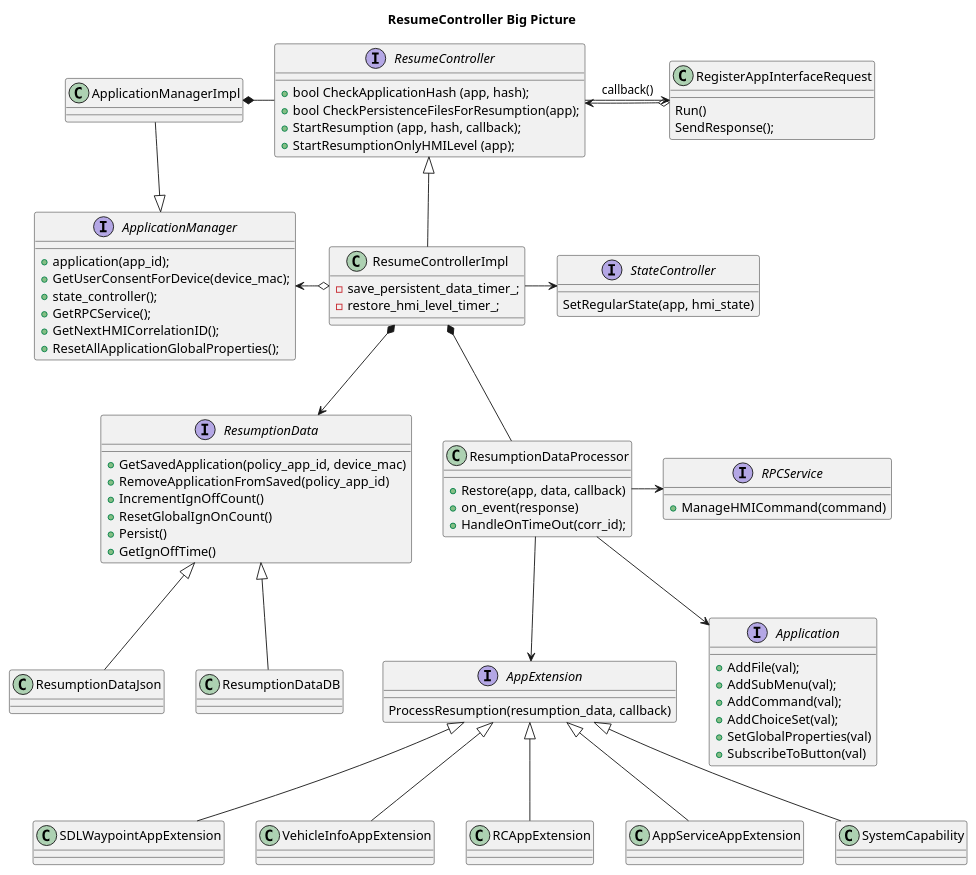
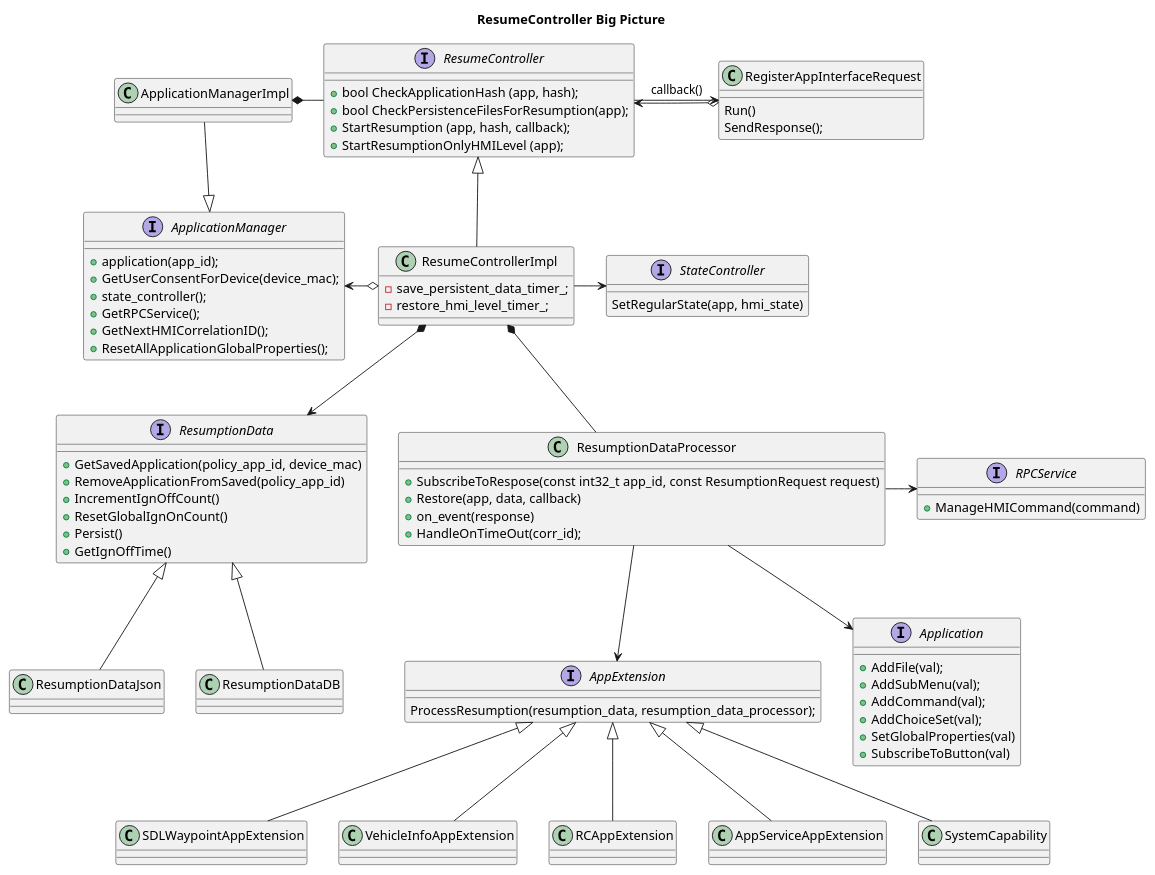
The diagram in docs/Developer Documentation/ResumeController/assets/resume_controller_classes.puml (smartdevicelink/sdl_core_guides), drawn with PlantUML before and after one commit. The commit also changed 4 other files, not shown here.

Commit message:
Use ResumptionDataProcessor interface instead of subscriber functor

```diff
--- a/docs/Developer Documentation/ResumeController/assets/resume_controller_classes.puml
+++ b/docs/Developer Documentation/ResumeController/assets/resume_controller_classes.puml
@@ -1,101 +1,102 @@
 @startuml
 
 title ResumeController Big Picture
 
 interface ApplicationManager {
   + application(app_id);
   + GetUserConsentForDevice(device_mac);
   + state_controller();
   + GetRPCService();
   + GetNextHMICorrelationID();
   + ResetAllApplicationGlobalProperties();
 }
 class ApplicationManagerImpl
 ApplicationManagerImpl -down-|> ApplicationManager
 
 interface ResumeController {
   + bool CheckApplicationHash (app, hash);
   + bool CheckPersistenceFilesForResumption(app);
   + StartResumption (app, hash, callback);
   + StartResumptionOnlyHMILevel (app);
 } 
 
 interface ResumptionData {
   + GetSavedApplication(policy_app_id, device_mac)
   + RemoveApplicationFromSaved(policy_app_id)
   + IncrementIgnOffCount()
   + ResetGlobalIgnOnCount()
   + Persist()
   + GetIgnOffTime()
 }
 
 class ResumptionDataJson
 ResumptionDataJson -up-|> ResumptionData
 class ResumptionDataDB
 ResumptionDataDB -up-|> ResumptionData
 
 class ResumeControllerImpl {
   - save_persistent_data_timer_;
   - restore_hmi_level_timer_;
 }
 
 interface StateController {
   SetRegularState(app, hmi_state)
 }
 
 ResumeControllerImpl -right-> StateController
 
 ResumeControllerImpl *--> ResumptionData 
 
 ResumeControllerImpl -up-|> ResumeController
 RegisterAppInterfaceRequest o-left-> ResumeController
 ResumeController --> RegisterAppInterfaceRequest : callback()
 
 ApplicationManagerImpl *- ResumeController  
 ResumeControllerImpl o-left-> ApplicationManager
 
 class RegisterAppInterfaceRequest {
   Run()
   SendResponse();
 }
 
 
 
 class ResumptionDataProcessor {
+  + SubscribeToRespose(const int32_t app_id, const ResumptionRequest request)
   + Restore(app, data, callback)
   + on_event(response)
   + HandleOnTimeOut(corr_id);
 }
 
 ResumeControllerImpl *-- ResumptionDataProcessor 
 
 interface AppExtension {
-  ProcessResumption(resumption_data, callback)
+  ProcessResumption(resumption_data, resumption_data_processor);
 }
 
 interface Application {
   + AddFile(val);
   + AddSubMenu(val);
   + AddCommand(val);
   + AddChoiceSet(val);
   + SetGlobalProperties(val)
   + SubscribeToButton(val)
 }
 
 
 ResumptionDataProcessor --> AppExtension
 ResumptionDataProcessor --> Application
 
 interface RPCService {
   + ManageHMICommand(command)
 }
 
 ResumptionDataProcessor -right-> RPCService
 
 SDLWaypointAppExtension -up-|> AppExtension
 VehicleInfoAppExtension -up-|> AppExtension
 RCAppExtension -up-|> AppExtension
 AppServiceAppExtension -up-|> AppExtension
 SystemCapability -up-|> AppExtension
 
 @enduml
```
